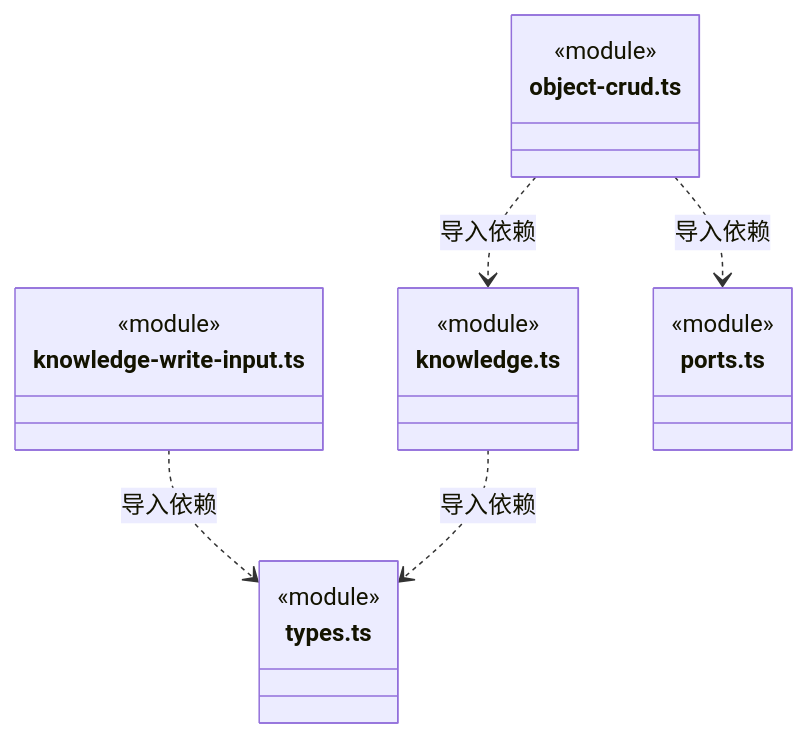
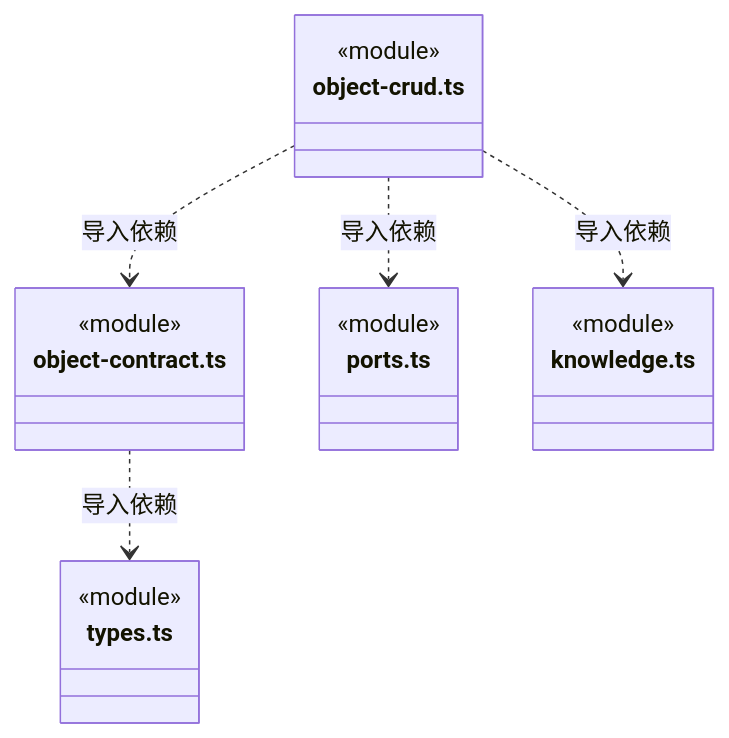
One commit to nan023062/cbim changed diagram 31 of 36 in src/backend/core/knowledge/ARCHITECTURE.md. Above: the diagram before and after it, drawn with Mermaid. The commit also changed other lines of this file and 356 other files, not shown here.

First line of the commit message:
chore: preserve architecture remediation before desktop 0.1.7 alignment

````diff
--- a/src/backend/core/knowledge/ARCHITECTURE.md
+++ b/src/backend/core/knowledge/ARCHITECTURE.md
@@ -640,22 +721,22 @@
 ```mermaid
 classDiagram
-class N_src_backend_core_knowledge_knowledge_write_input_ts["knowledge-write-input.ts"] {
+class N_src_backend_core_knowledge_object_contract_ts["object-contract.ts"] {
   <<module>>
 }
 class N_src_backend_core_knowledge_types_ts["types.ts"] {
-  <<module>>
-}
-class N_src_backend_core_knowledge_knowledge_ts["knowledge.ts"] {
   <<module>>
 }
 class N_src_backend_core_knowledge_object_crud_ts["object-crud.ts"] {
   <<module>>
 }
 class N_src_backend_core_knowledge_ports_ts["ports.ts"] {
   <<module>>
 }
-N_src_backend_core_knowledge_knowledge_write_input_ts ..> N_src_backend_core_knowledge_types_ts : 导入依赖
-N_src_backend_core_knowledge_knowledge_ts ..> N_src_backend_core_knowledge_types_ts : 导入依赖
+class N_src_backend_core_knowledge_knowledge_ts["knowledge.ts"] {
+  <<module>>
+}
+N_src_backend_core_knowledge_object_contract_ts ..> N_src_backend_core_knowledge_types_ts : 导入依赖
+N_src_backend_core_knowledge_object_crud_ts ..> N_src_backend_core_knowledge_object_contract_ts : 导入依赖
 N_src_backend_core_knowledge_object_crud_ts ..> N_src_backend_core_knowledge_ports_ts : 导入依赖
 N_src_backend_core_knowledge_object_crud_ts ..> N_src_backend_core_knowledge_knowledge_ts : 导入依赖
 ```
````
